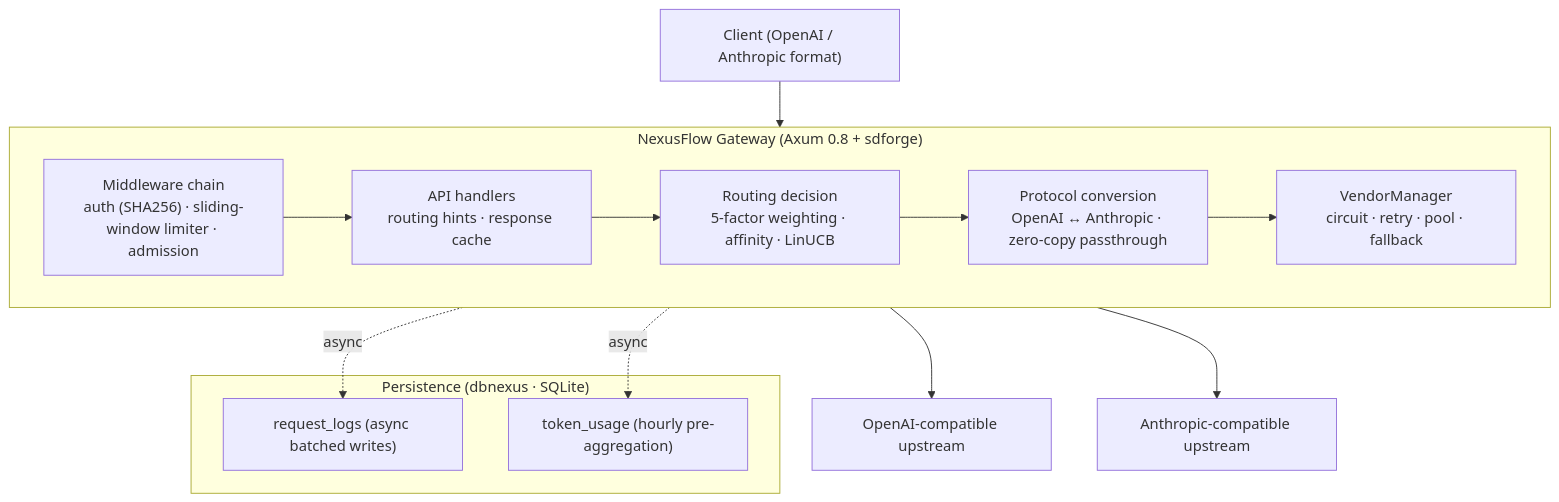
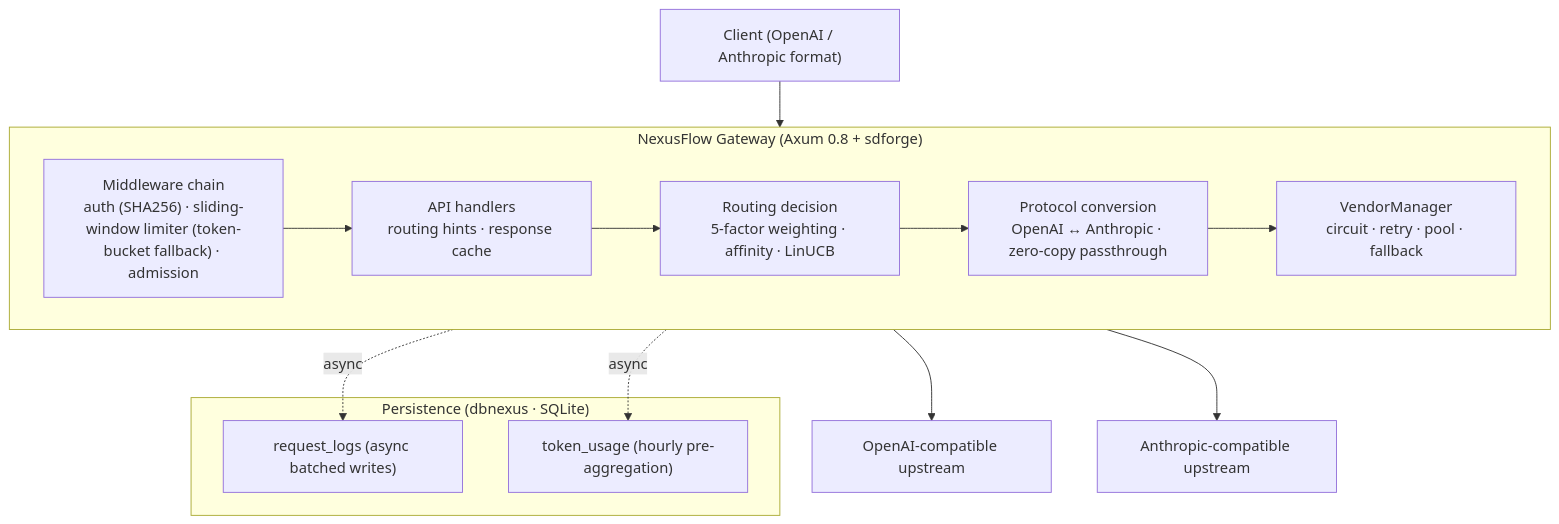
The diagram in README_EN.md (Kirky-X/fluxgate), drawn with Mermaid before and after one commit. The commit also changed other lines of this file and 3 other files, not shown here.

````diff
--- a/README_EN.md
+++ b/README_EN.md
@@ -184,28 +184,28 @@
 ```mermaid
 flowchart TB
     Client["Client (OpenAI / Anthropic format)"]
 
     subgraph GW["NexusFlow Gateway (Axum 0.8 + sdforge)"]
         direction LR
-        MW["Middleware chain<br/>auth (SHA256) · sliding-window limiter · admission"]
+        MW["Middleware chain<br/>auth (SHA256) · sliding-window limiter (token-bucket fallback) · admission"]
         Handler["API handlers<br/>routing hints · response cache"]
         Router["Routing decision<br/>5-factor weighting · affinity · LinUCB"]
         Conv["Protocol conversion<br/>OpenAI ↔ Anthropic · zero-copy passthrough"]
         Vendor["VendorManager<br/>circuit · retry · pool · fallback"]
         MW --> Handler --> Router --> Conv --> Vendor
     end
 
     subgraph Store["Persistence (dbnexus · SQLite)"]
         Logs["request_logs (async batched writes)"]
         Agg["token_usage (hourly pre-aggregation)"]
     end
 
     UP1["OpenAI-compatible upstream"]
     UP2["Anthropic-compatible upstream"]
 
     Client --> MW
     Vendor --> UP1
     Vendor --> UP2
     Vendor -. async .-> Logs
     Vendor -. async .-> Agg
 ```
````
